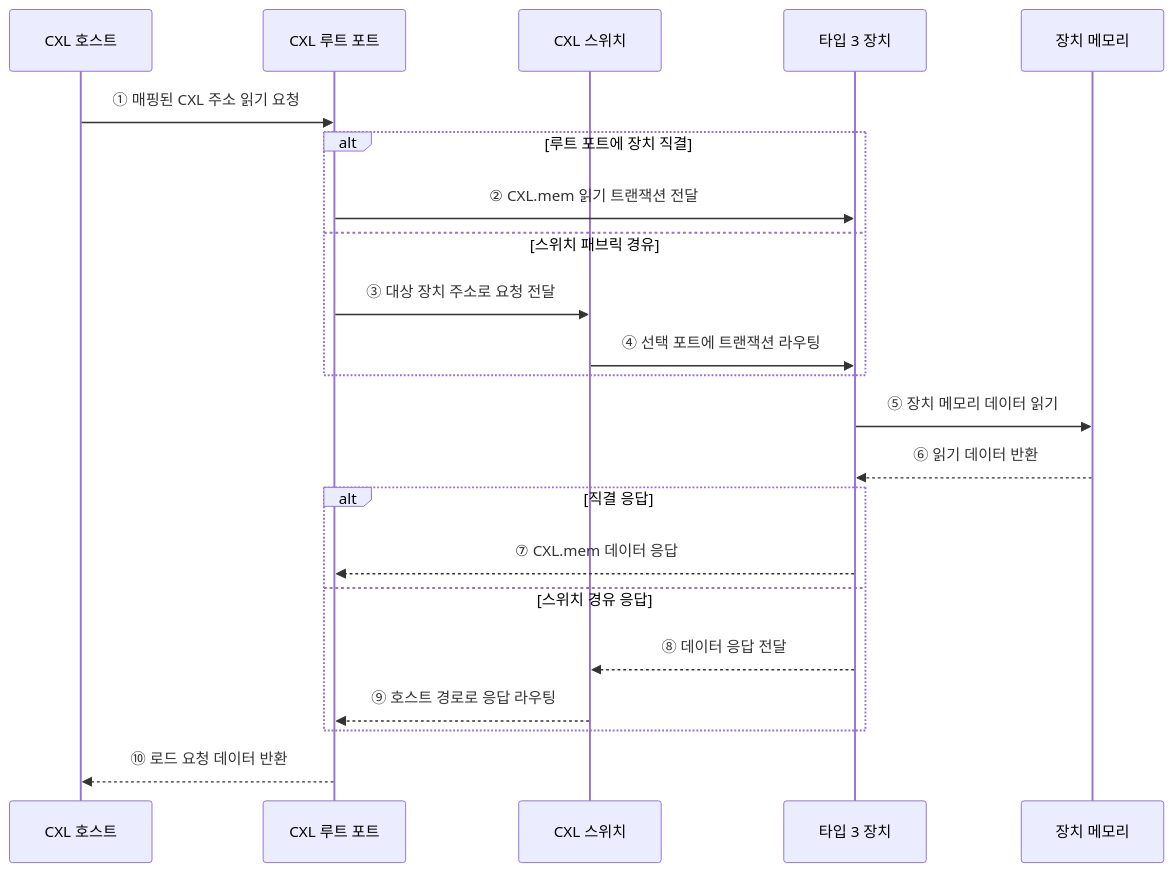
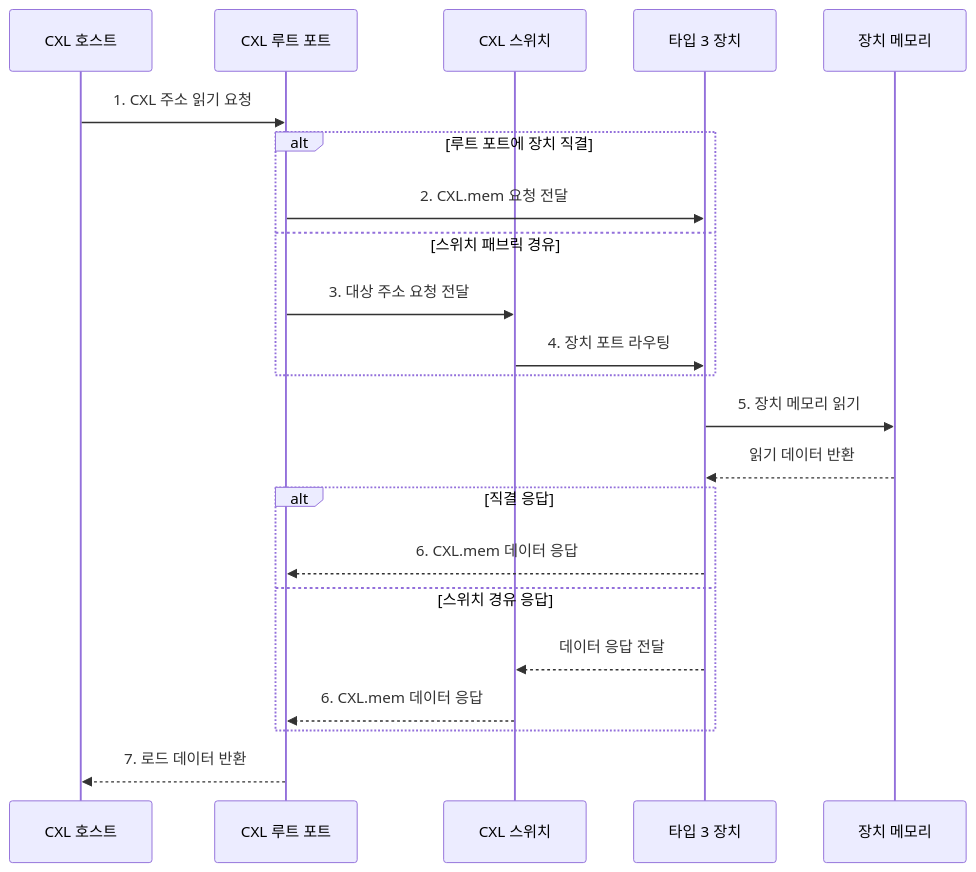
One commit to agnusdei1207/knowledge-base changed the second of 2 diagrams in src/content/docs/notes/02-hardware/028_cxl.md. Above: the diagram before and after it, drawn with Mermaid. The commit also changed other lines of this file and 20 other files, not shown here.

````diff
--- a/src/content/docs/notes/02-hardware/028_cxl.md
+++ b/src/content/docs/notes/02-hardware/028_cxl.md
@@ -75,25 +85,25 @@
 ```mermaid
 sequenceDiagram
     participant H as CXL 호스트
     participant R as CXL 루트 포트
     participant S as CXL 스위치
     participant D as 타입 3 장치
     participant M as 장치 메모리
 
-    H->>R: ① 매핑된 CXL 주소 읽기 요청
+    H->>R: 1. CXL 주소 읽기 요청
     alt 루트 포트에 장치 직결
-        R->>D: ② CXL.mem 읽기 트랜잭션 전달
+        R->>D: 2. CXL.mem 요청 전달
     else 스위치 패브릭 경유
-        R->>S: ③ 대상 장치 주소로 요청 전달
-        S->>D: ④ 선택 포트에 트랜잭션 라우팅
+        R->>S: 3. 대상 주소 요청 전달
+        S->>D: 4. 장치 포트 라우팅
     end
-    D->>M: ⑤ 장치 메모리 데이터 읽기
-    M-->>D: ⑥ 읽기 데이터 반환
+    D->>M: 5. 장치 메모리 읽기
+    M-->>D: 읽기 데이터 반환
     alt 직결 응답
-        D-->>R: ⑦ CXL.mem 데이터 응답
+        D-->>R: 6. CXL.mem 데이터 응답
     else 스위치 경유 응답
-        D-->>S: ⑧ 데이터 응답 전달
-        S-->>R: ⑨ 호스트 경로로 응답 라우팅
+        D-->>S: 데이터 응답 전달
+        S-->>R: 6. CXL.mem 데이터 응답
     end
-    R-->>H: ⑩ 로드 요청 데이터 반환
+    R-->>H: 7. 로드 데이터 반환
 ```
````
